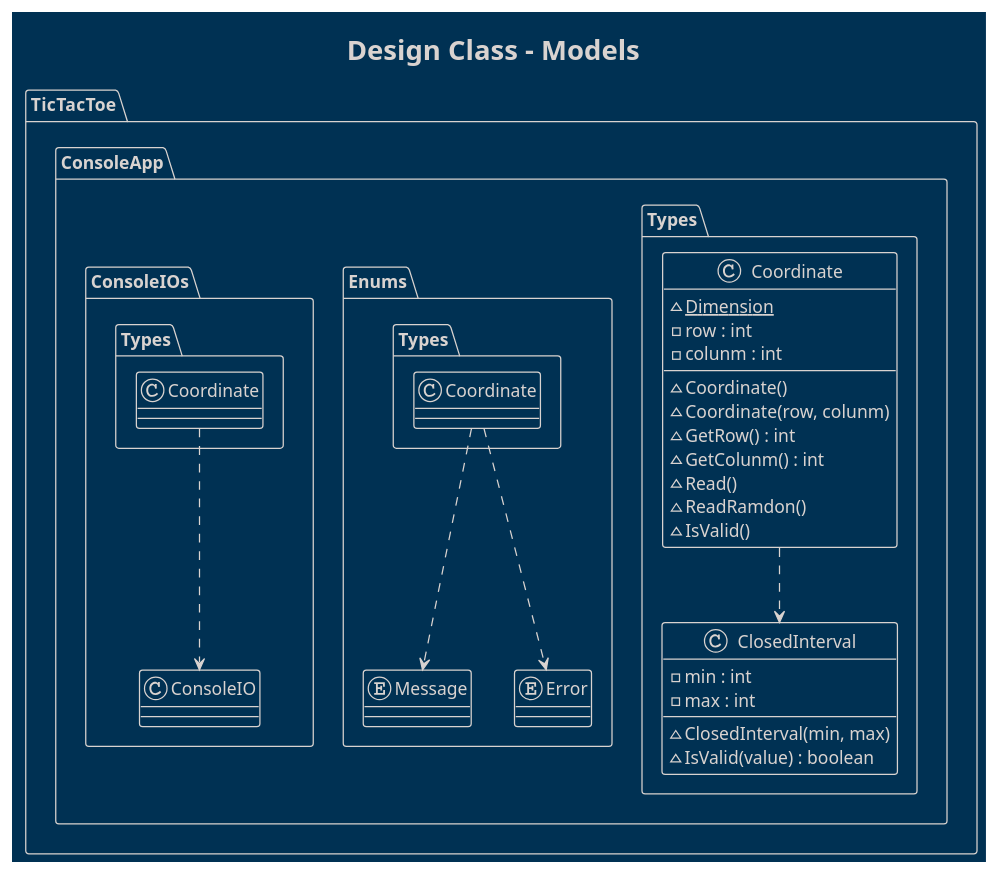
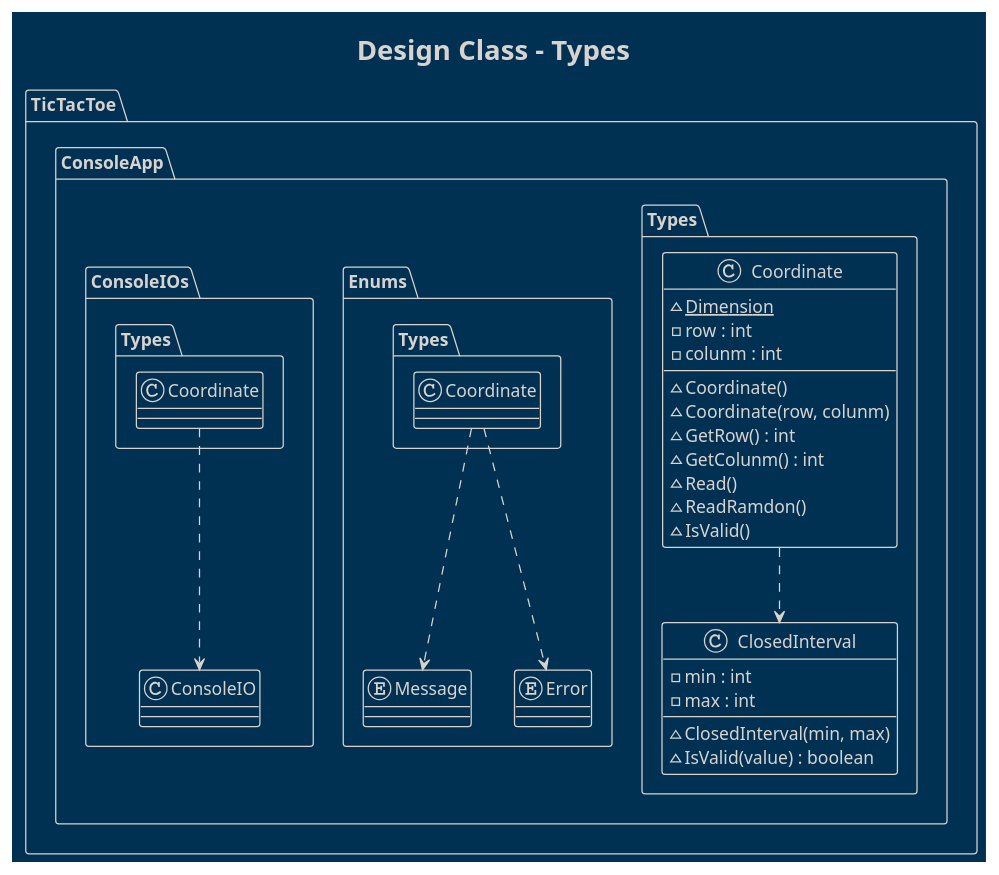
The seventh of 8 diagrams in src/DomainModel/WithMachine/Docs/Design.plantuml (franpaulinoinfante/TicTacToe), drawn with PlantUML before and after one commit.

```diff
--- a/src/DomainModel/WithMachine/Docs/Design.plantuml
+++ b/src/DomainModel/WithMachine/Docs/Design.plantuml
@@ -331,47 +331,47 @@
-@startuml Design Class Models
+@startuml Design Class Types
     !theme blueprint
-    title Design Class - Models
+    title Design Class - Types
 
     package TicTacToe{
         package ConsoleApp{  
             namespace Types{
                 class Coordinate{
                     ~{static}Dimension
                     -row : int
                     -colunm : int
                     ~Coordinate()
                     ~Coordinate(row, colunm)
                     ~GetRow() : int
                     ~GetColunm() : int
                     ~Read()
                     ~ReadRamdon()
                     ~IsValid()
                 }
                 Coordinate ..> ClosedInterval
                 
                 class ClosedInterval{
                     -min : int
                     -max : int
                     ~ClosedInterval(min, max)
                     ~IsValid(value) : boolean
                 }
             }
 
             namespace Enums{
                 enum Message{
                 }
                 Message <.up. Types.Coordinate
 
                 enum Error{
                 }
                 Error <.up. Types.Coordinate
             }
 
             namespace ConsoleIOs{
                 class ConsoleIO{
                 }
                 ConsoleIO <.up. Types.Coordinate
             }
         }
     }
 @enduml
```
